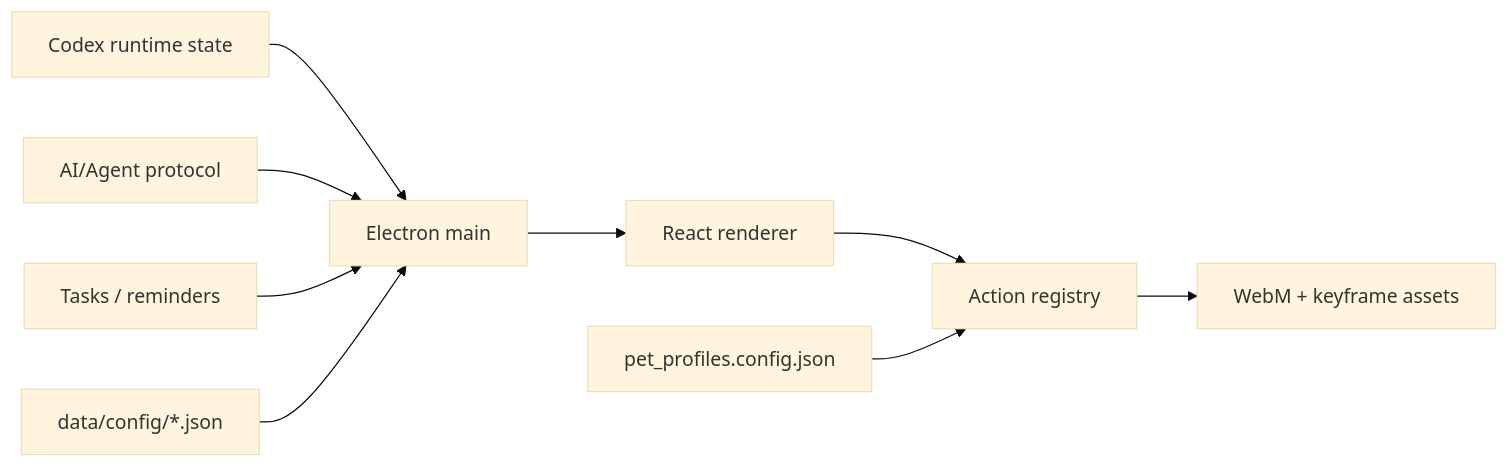
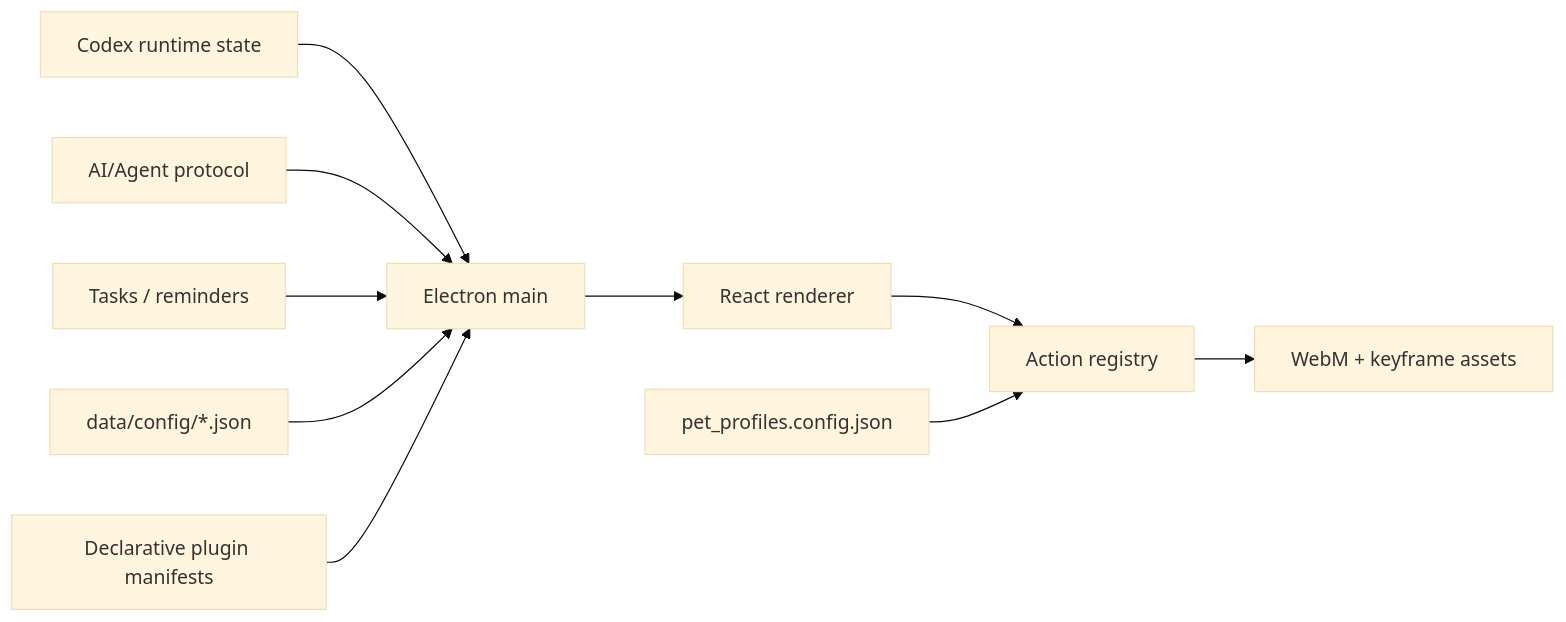
Before and after one commit to cafelemon/AI_pet_for_mac: the first of 2 diagrams in docs/03_architecture.md, drawn with Mermaid (base theme). The commit also changed other lines of this file and 109 other files, not shown here.

````diff
--- a/docs/03_architecture.md
+++ b/docs/03_architecture.md
@@ -7,11 +7,12 @@
 ```mermaid
 flowchart LR
   Codex["Codex runtime state"] --> Main["Electron main"]
   Agent["AI/Agent protocol"] --> Main
   Tasks["Tasks / reminders"] --> Main
   Config["data/config/*.json"] --> Main
   Main --> Renderer["React renderer"]
   Renderer --> Registry["Action registry"]
   Registry --> Assets["WebM + keyframe assets"]
   Profiles["pet_profiles.config.json"] --> Registry
+  Plugins["Declarative plugin manifests"] --> Main
 ```
````
